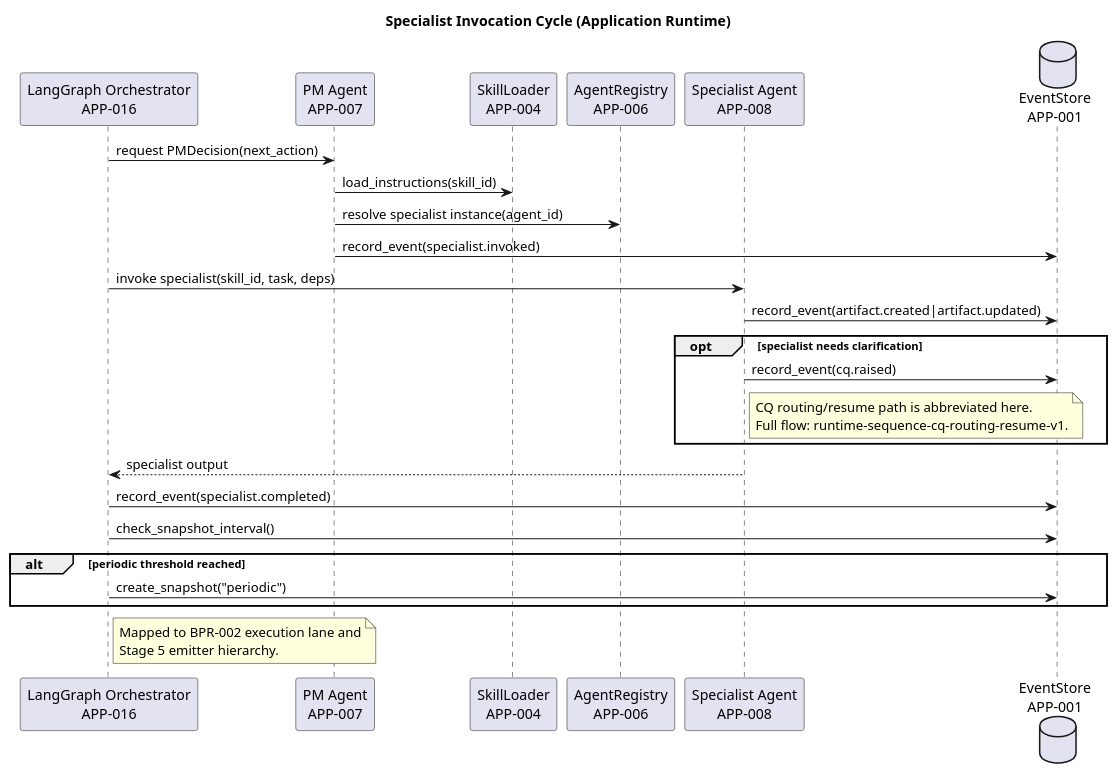
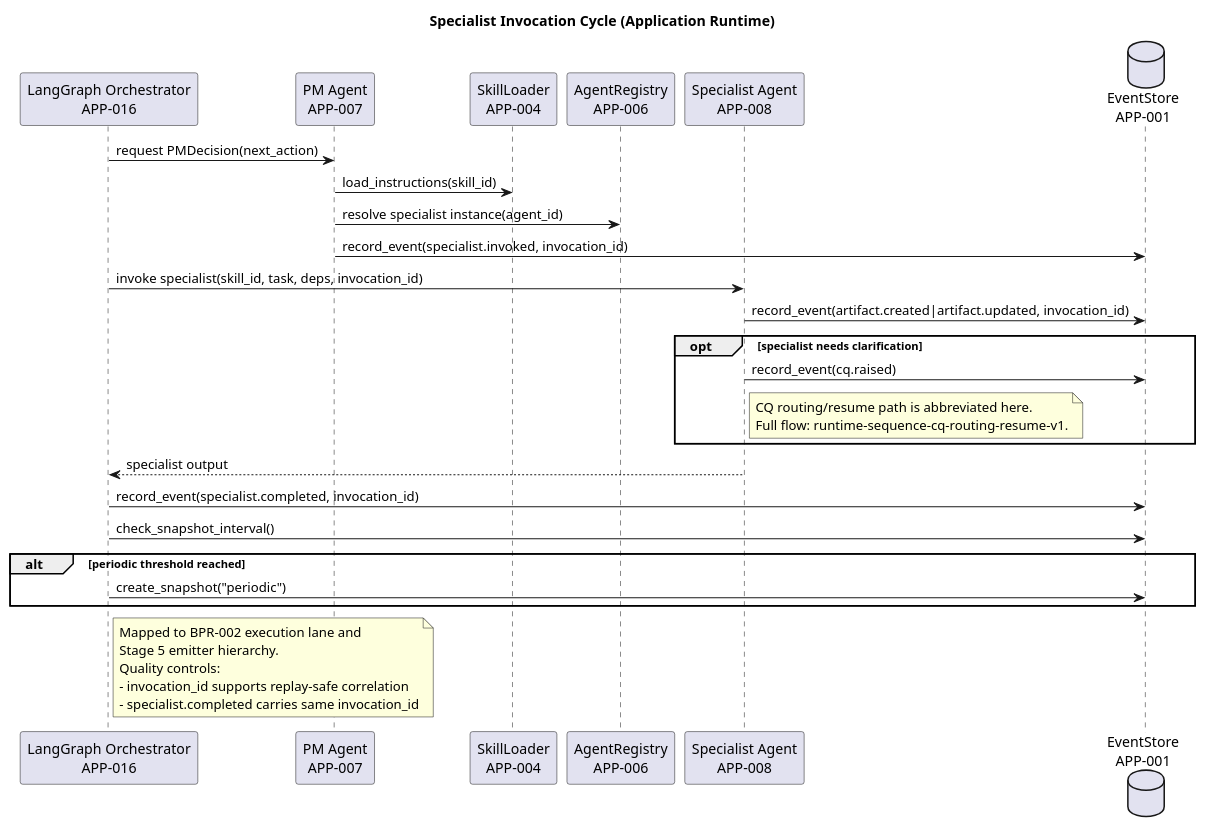
Before and after one commit to mbauer83/sdlc-multi-agent-system: the diagram in engagements/ENG-001/work-repositories/architecture-repository/diagram-catalog/diagrams/runtime-sequence-specialist-invocation-cycle-v1.puml, drawn with PlantUML. The commit also changed 46 other files, not shown here.

Commit message:
Complete Stage 4.9i and fix matrix diagram creation

```diff
--- a/engagements/ENG-001/work-repositories/architecture-repository/diagram-catalog/diagrams/runtime-sequence-specialist-invocation-cycle-v1.puml
+++ b/engagements/ENG-001/work-repositories/architecture-repository/diagram-catalog/diagrams/runtime-sequence-specialist-invocation-cycle-v1.puml
@@ -26,36 +26,39 @@
 @startuml runtime-sequence-specialist-invocation-cycle-v1
 title Specialist Invocation Cycle (Application Runtime)
 
 participant "LangGraph Orchestrator\nAPP-016" as APP_016
 participant "PM Agent\nAPP-007" as APP_007
 participant "SkillLoader\nAPP-004" as APP_004
 participant "AgentRegistry\nAPP-006" as APP_006
 participant "Specialist Agent\nAPP-008" as APP_008
 database "EventStore\nAPP-001" as APP_001
 
 APP_016 -> APP_007: request PMDecision(next_action)
 APP_007 -> APP_004: load_instructions(skill_id)
 APP_007 -> APP_006: resolve specialist instance(agent_id)
-APP_007 -> APP_001: record_event(specialist.invoked)
-APP_016 -> APP_008: invoke specialist(skill_id, task, deps)
+APP_007 -> APP_001: record_event(specialist.invoked, invocation_id)
+APP_016 -> APP_008: invoke specialist(skill_id, task, deps, invocation_id)
 
-APP_008 -> APP_001: record_event(artifact.created|artifact.updated)
+APP_008 -> APP_001: record_event(artifact.created|artifact.updated, invocation_id)
 opt specialist needs clarification
   APP_008 -> APP_001: record_event(cq.raised)
   note right of APP_008
   CQ routing/resume path is abbreviated here.
   Full flow: runtime-sequence-cq-routing-resume-v1.
   end note
 end
 APP_008 --> APP_016: specialist output
-APP_016 -> APP_001: record_event(specialist.completed)
+APP_016 -> APP_001: record_event(specialist.completed, invocation_id)
 APP_016 -> APP_001: check_snapshot_interval()
 alt periodic threshold reached
   APP_016 -> APP_001: create_snapshot("periodic")
 end
 
 note right of APP_016
 Mapped to BPR-002 execution lane and
 Stage 5 emitter hierarchy.
+Quality controls:
+- invocation_id supports replay-safe correlation
+- specialist.completed carries same invocation_id
 end note
 @enduml
```
